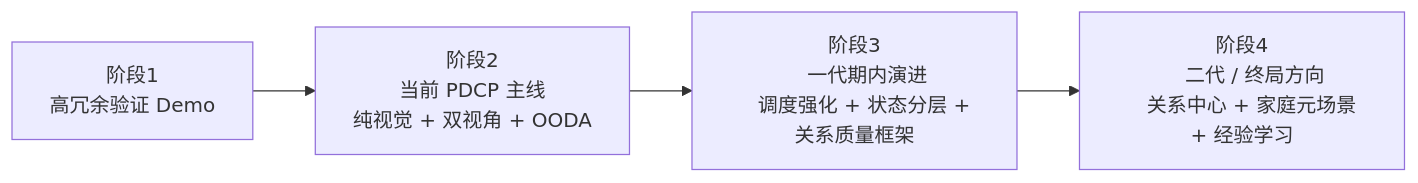
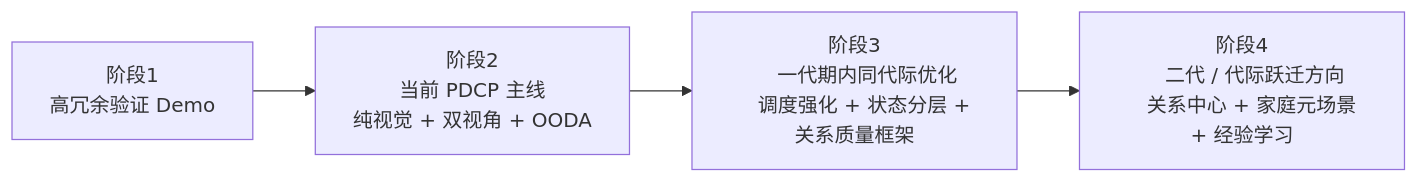
One commit to hlm12348765/Kinbot_OODA changed the first of 2 diagrams in docs/08_reviews/10_kinbot_architecture_evolution_analysis.md. Above: the diagram before and after it, drawn with Mermaid. The commit also changed other lines of this file and 1 other file, not shown here.

Commit message:
docs: refine architecture evolution analysis by generation

````diff
--- a/docs/08_reviews/10_kinbot_architecture_evolution_analysis.md
+++ b/docs/08_reviews/10_kinbot_architecture_evolution_analysis.md
@@ -83,13 +97,13 @@
 ```mermaid
 flowchart LR
     A["阶段1
     高冗余验证 Demo"] --> B["阶段2
     当前 PDCP 主线
     纯视觉 + 双视角 + OODA"]
     B --> C["阶段3
-    一代期内演进
+    一代期内同代际优化
     调度强化 + 状态分层 + 关系质量框架"]
     C --> D["阶段4
-    二代 / 终局方向
+    二代 / 代际跃迁方向
     关系中心 + 家庭元场景 + 经验学习"]
 ```
````
